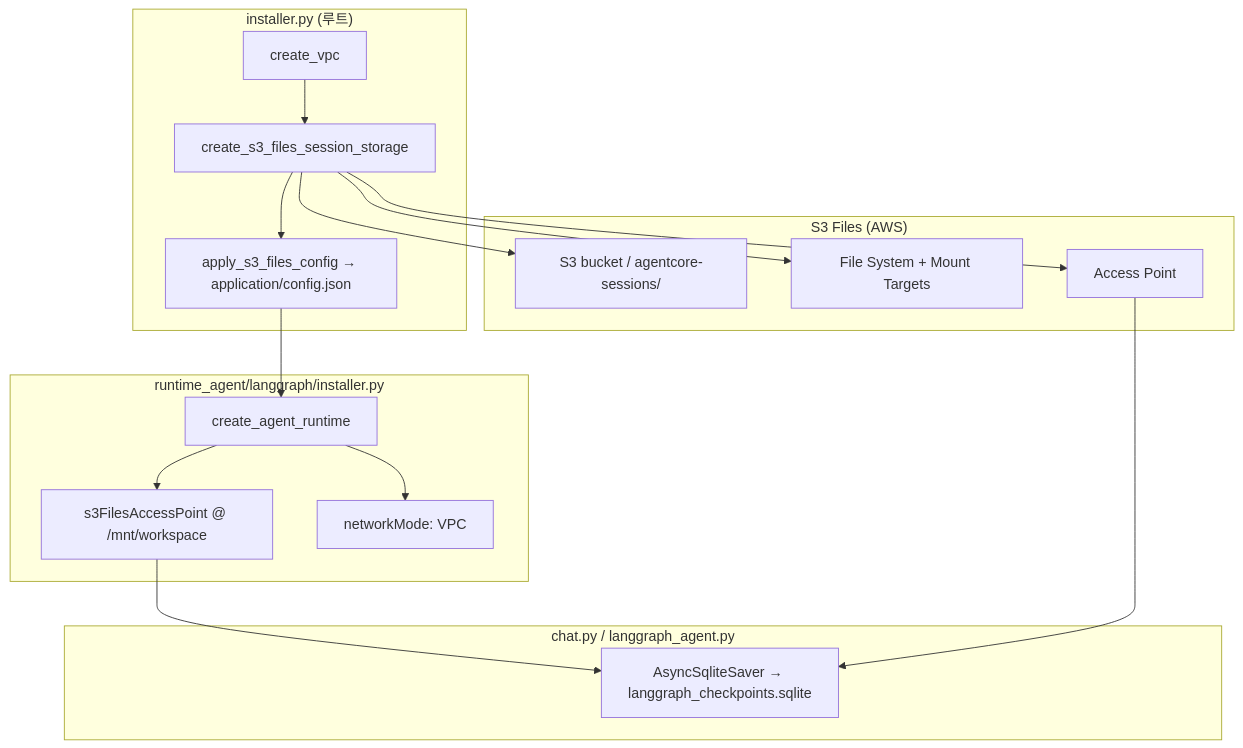
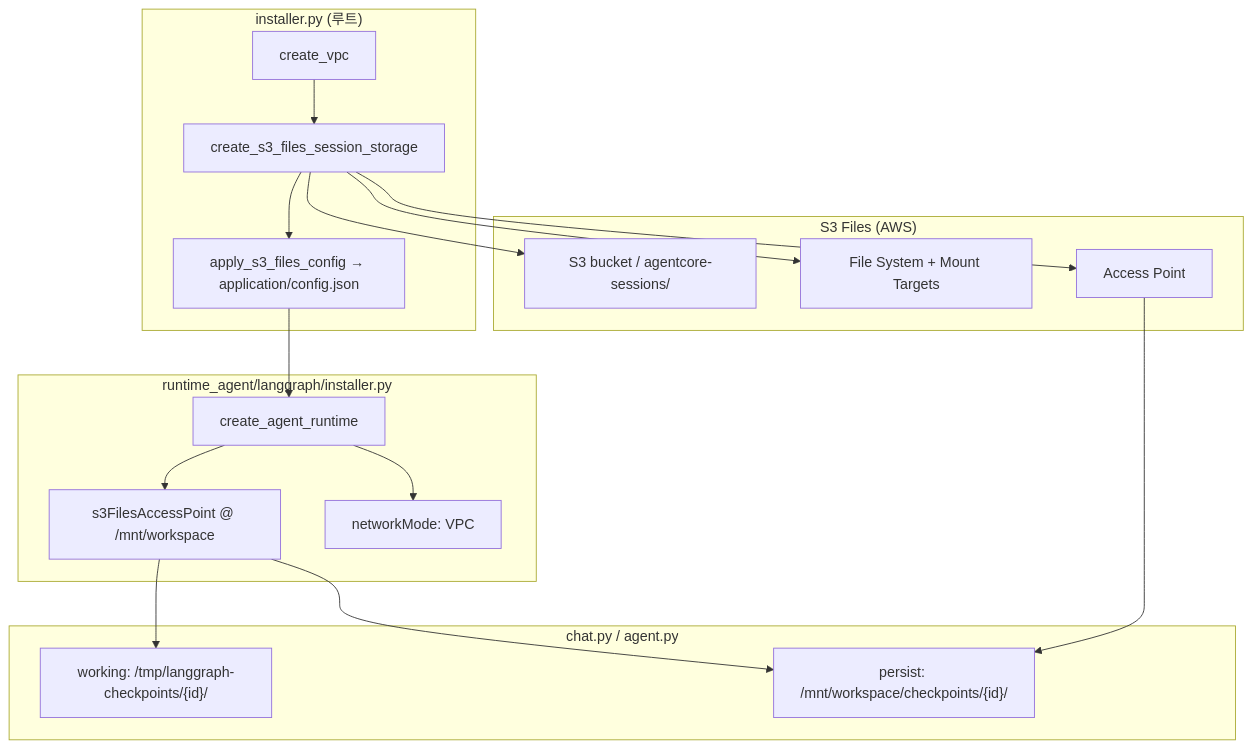
One commit to kyopark2014/agentic-work changed the third of 3 diagrams in README.md. Above: the diagram before and after it, drawn with Mermaid. The commit also changed other lines of this file and 13 other files, not shown here.

````diff
--- a/README.md
+++ b/README.md
@@ -895,32 +991,34 @@
 ```mermaid
 flowchart TB
     subgraph root_installer ["installer.py (루트)"]
         A[create_vpc] --> B[create_s3_files_session_storage]
         B --> C[apply_s3_files_config → application/config.json]
     end
 
     subgraph s3files_aws ["S3 Files (AWS)"]
         D[S3 bucket / agentcore-sessions/]
         E[File System + Mount Targets]
         F[Access Point]
     end
 
     subgraph runtime_installer ["runtime_agent/langgraph/installer.py"]
         G[create_agent_runtime]
         H["s3FilesAccessPoint @ /mnt/workspace"]
         I["networkMode: VPC"]
     end
 
-    subgraph runtime_agent ["chat.py / langgraph_agent.py"]
-        J["AsyncSqliteSaver → langgraph_checkpoints.sqlite"]
+    subgraph runtime_agent ["chat.py / agent.py"]
+        J["working: /tmp/langgraph-checkpoints/{id}/"]
+        K["persist: /mnt/workspace/checkpoints/{id}/"]
     end
 
     B --> D
     B --> E
     B --> F
     C --> G
     G --> H
     G --> I
     H --> J
-    F --> J
+    H --> K
+    F --> K
 ```
````
